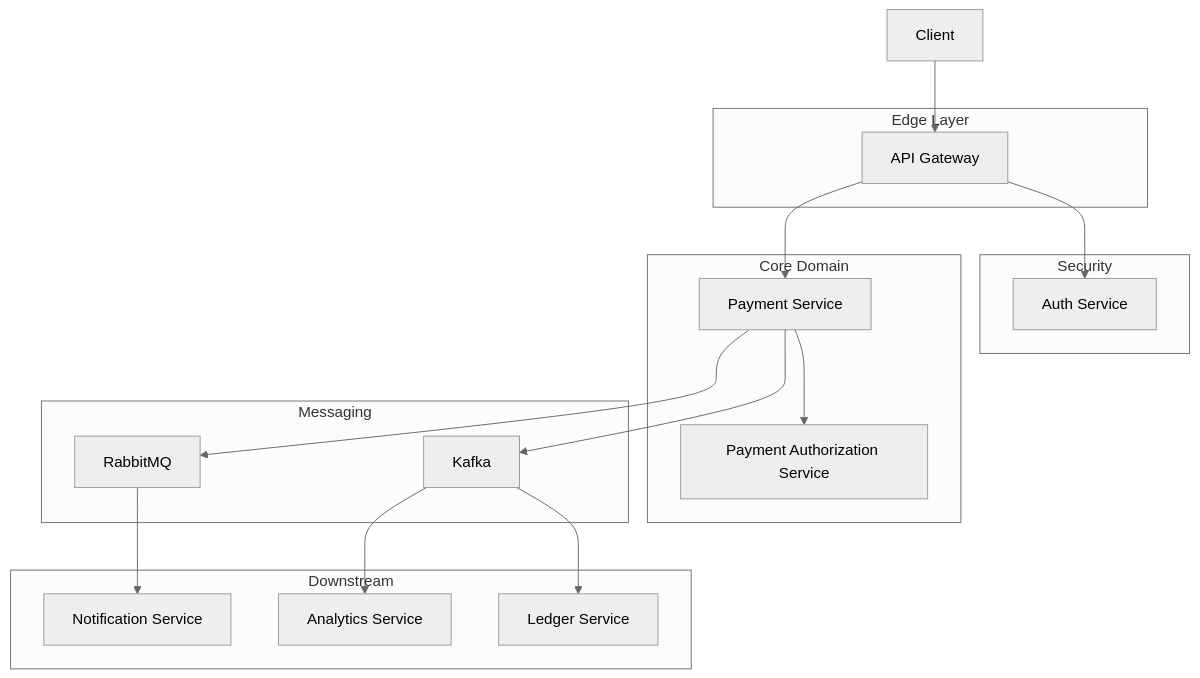
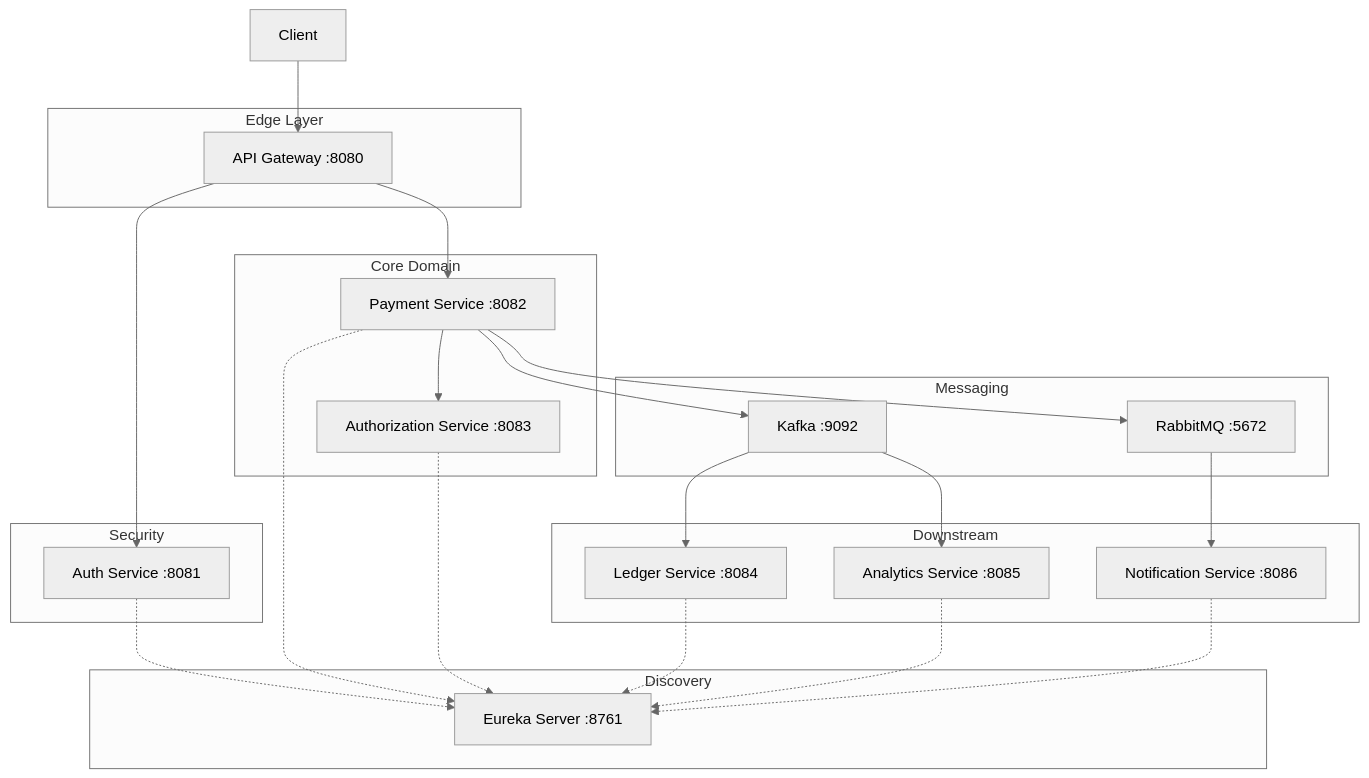
The first of 2 diagrams in README.md (Adharsh-Rengarajan/payflowx), drawn with Mermaid (neutral theme) before and after one commit. The commit also changed other lines of this file, not shown here.

First line of the commit message:
Add service ports and improve architecture details

````diff
--- a/README.md
+++ b/README.md
@@ -28,37 +28,48 @@
 ```mermaid
 graph TB
     subgraph "Edge Layer"
-        G[API Gateway]
+        G[API Gateway :8080]
     end
 
     subgraph "Security"
-        AS[Auth Service]
+        AS[Auth Service :8081]
     end
 
     subgraph "Core Domain"
-        P[Payment Service]
-        AU[Payment Authorization Service]
+        P[Payment Service :8082]
+        AU[Authorization Service :8083]
     end
 
     subgraph "Messaging"
-        K[Kafka]
-        R[RabbitMQ]
+        K[Kafka :9092]
+        R[RabbitMQ :5672]
     end
 
     subgraph "Downstream"
-        L[Ledger Service]
-        N[Notification Service]
-        A[Analytics Service]
+        L[Ledger Service :8084]
+        N[Notification Service :8086]
+        A[Analytics Service :8085]
+    end
+
+    subgraph "Discovery"
+        E[Eureka Server :8761]
     end
 
     Client --> G
     G --> AS
     G --> P
     P --> AU
     P --> K
     P --> R
 
     K --> L
     K --> A
     R --> N
+
+    AS -.-> E
+    P -.-> E
+    AU -.-> E
+    L -.-> E
+    A -.-> E
+    N -.-> E
 ```
````
